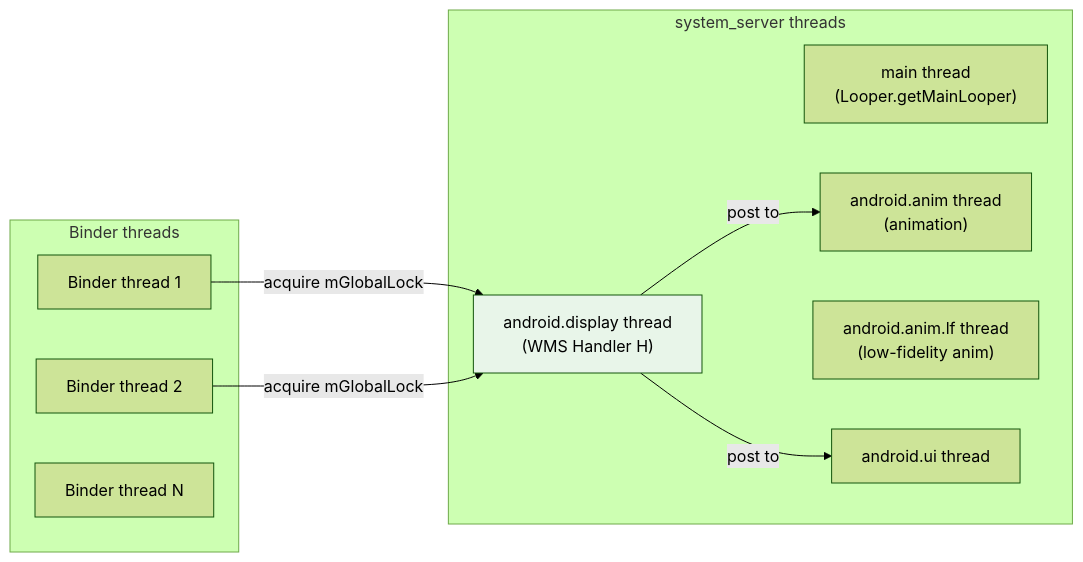
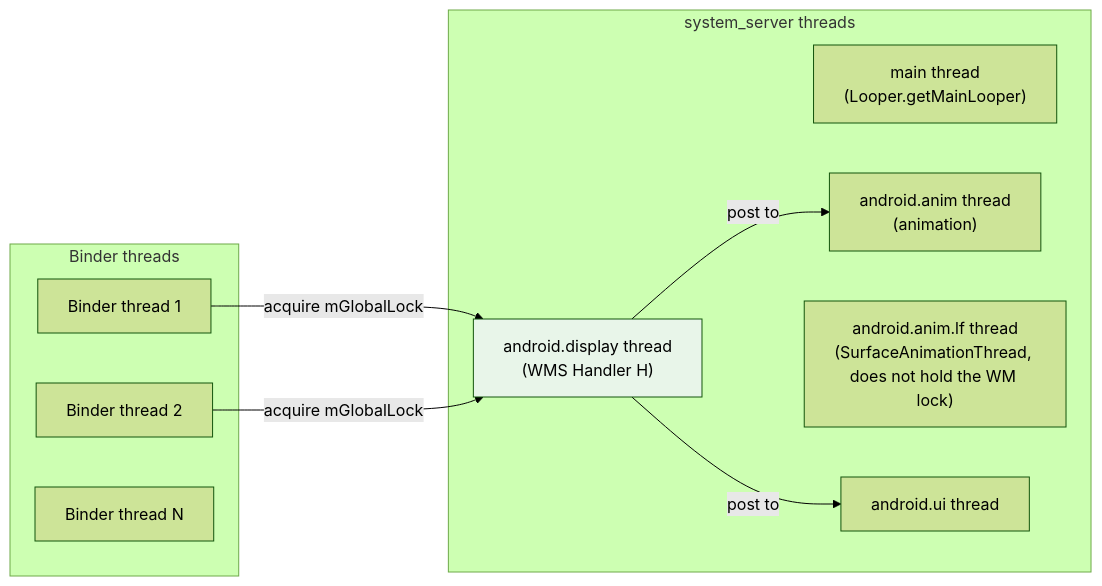
One commit to aospbooks/aosp-internal-book changed diagram 11 of 41 in agents/claude/skills/aosp-framework-core/22-activity-and-window.md. Above: the diagram before and after it, drawn with Mermaid (forest theme). The commit also changed other lines of this file and 218 other files, not shown here.

````diff
--- a/agents/claude/skills/aosp-framework-core/22-activity-and-window.md
+++ b/agents/claude/skills/aosp-framework-core/22-activity-and-window.md
@@ -1229,24 +1227,24 @@
 ```mermaid
 graph LR
     subgraph "system_server threads"
         Main["main thread<br/>(Looper.getMainLooper)"]
         Display["android.display thread<br/>(WMS Handler H)"]
         Anim["android.anim thread<br/>(animation)"]
-        AnimThread2["android.anim.lf thread<br/>(low-fidelity anim)"]
+        AnimThread2["android.anim.lf thread<br/>(SurfaceAnimationThread, does not hold the WM lock)"]
         UI["android.ui thread"]
     end
 
     subgraph "Binder threads"
         B1["Binder thread 1"]
         B2["Binder thread 2"]
         BN["Binder thread N"]
     end
 
     B1 -->|"acquire mGlobalLock"| Display
     B2 -->|"acquire mGlobalLock"| Display
 
     Display -->|"post to"| Anim
     Display -->|"post to"| UI
 
     style Display fill:#e8f5e9
 ```
````
